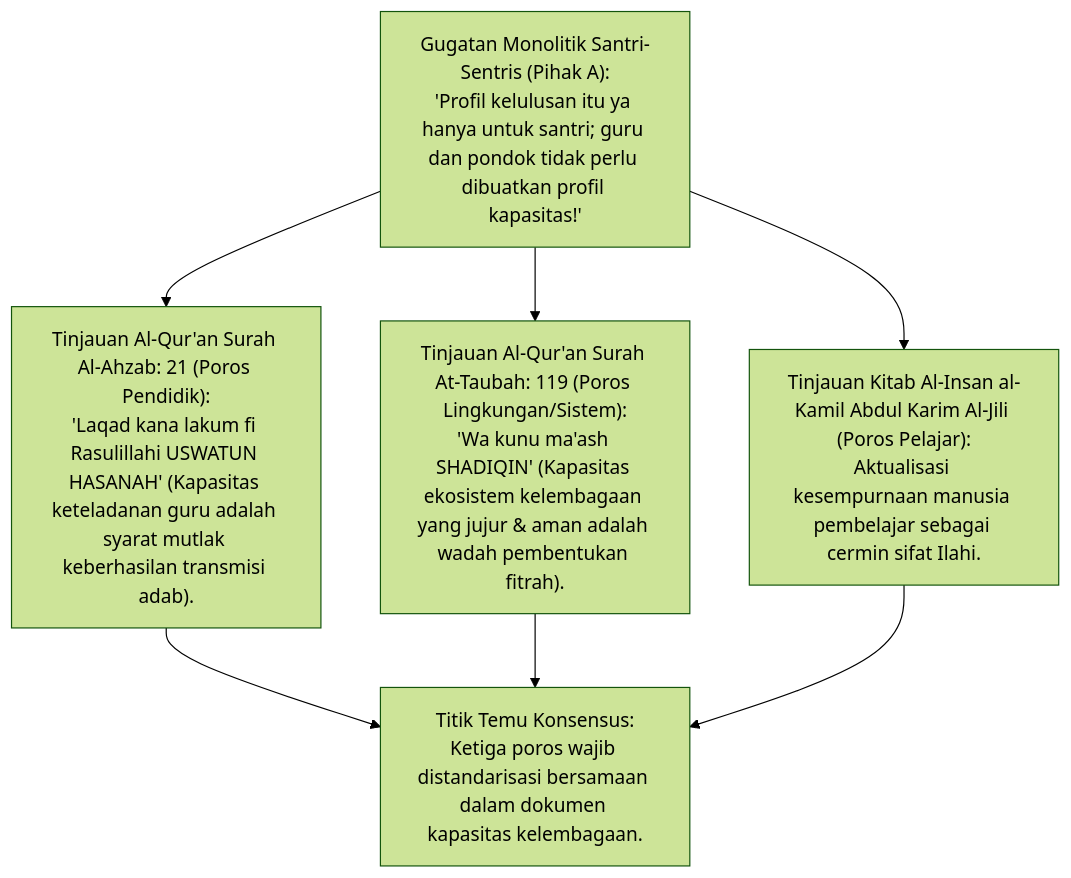
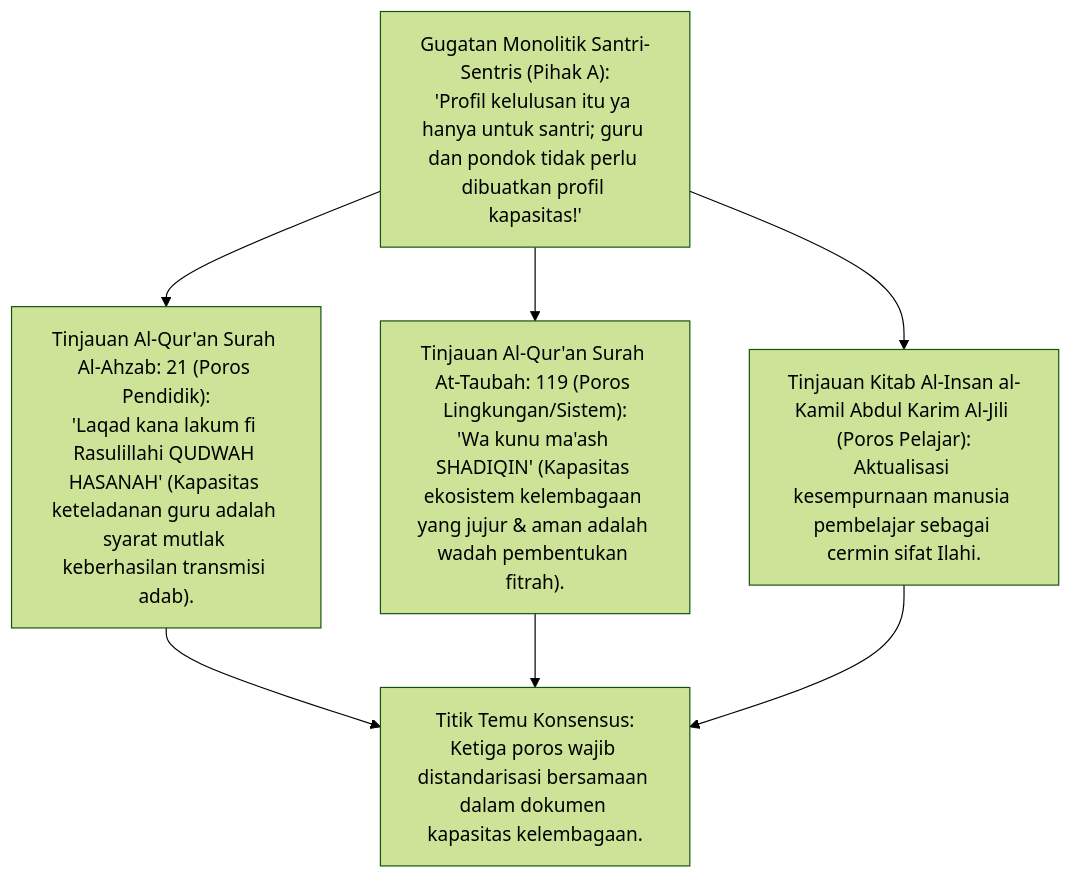
Before and after one commit to wandiapriliyandi/tumbuh: the second of 4 diagrams in 03 Capacity Framework/01 Graduate Profile/P3-01-01-Triad-Profil-Kapasitas.md, drawn with Mermaid (forest theme). The commit also changed other lines of this file and 62 other files, not shown here.

````diff
--- a/03 Capacity Framework/01 Graduate Profile/P3-01-01-Triad-Profil-Kapasitas.md
+++ b/03 Capacity Framework/01 Graduate Profile/P3-01-01-Triad-Profil-Kapasitas.md
@@ -80,8 +80,8 @@
 ```mermaid
 graph TD
     A["Gugatan Monolitik Santri-Sentris (Pihak A):<br/>'Profil kelulusan itu ya hanya untuk santri; guru dan pondok tidak perlu dibuatkan profil kapasitas!'"]
-    --> B1["Tinjauan Al-Qur'an Surah Al-Ahzab: 21 (Poros Pendidik):<br/>'Laqad kana lakum fi Rasulillahi USWATUN HASANAH' (Kapasitas keteladanan guru adalah syarat mutlak keberhasilan transmisi adab)."]
+    --> B1["Tinjauan Al-Qur'an Surah Al-Ahzab: 21 (Poros Pendidik):<br/>'Laqad kana lakum fi Rasulillahi QUDWAH HASANAH' (Kapasitas keteladanan guru adalah syarat mutlak keberhasilan transmisi adab)."]
     A --> B2["Tinjauan Al-Qur'an Surah At-Taubah: 119 (Poros Lingkungan/Sistem):<br/>'Wa kunu ma'ash SHADIQIN' (Kapasitas ekosistem kelembagaan yang jujur & aman adalah wadah pembentukan fitrah)."]
     A --> B3["Tinjauan Kitab Al-Insan al-Kamil Abdul Karim Al-Jili (Poros Pelajar):<br/>Aktualisasi kesempurnaan manusia pembelajar sebagai cermin sifat Ilahi."]
     B1 & B2 & B3 --> C["Titik Temu Konsensus:<br/>Ketiga poros wajib distandarisasi bersamaan dalam dokumen kapasitas kelembagaan."]
 ```
````
